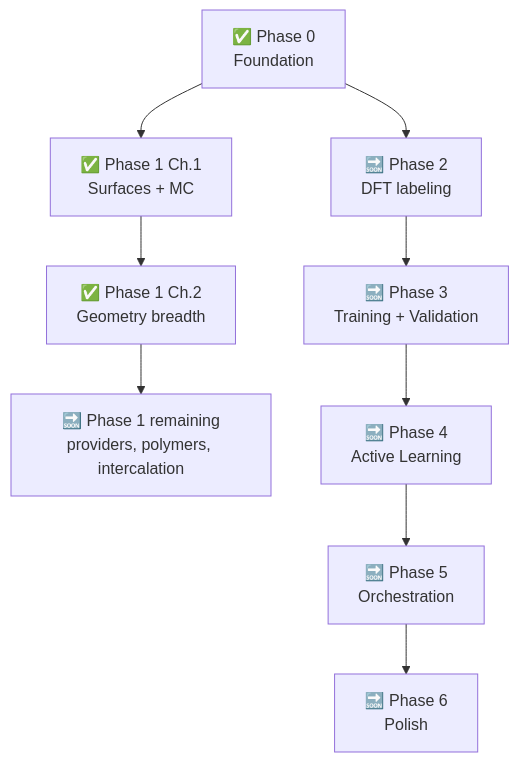
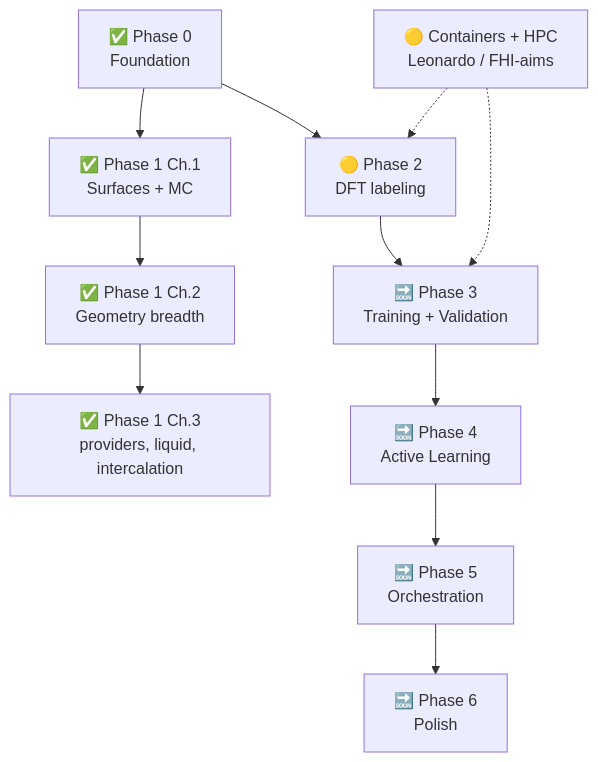
One commit to basillicus/traincraft changed the diagram in docs/roadmap.md. Above: the diagram before and after it, drawn with Mermaid. The commit also changed other lines of this file and 4 other files, not shown here.

First line of the commit message:
docs: bring MkDocs site up to date with geometry breadth, DFT, and HPC

````diff
--- a/docs/roadmap.md
+++ b/docs/roadmap.md
@@ -104,16 +136,19 @@
 ```mermaid
 graph TD
     P0["✅ Phase 0<br/>Foundation"]
     P1A["✅ Phase 1 Ch.1<br/>Surfaces + MC"]
     P1B["✅ Phase 1 Ch.2<br/>Geometry breadth"]
-    P1C["🔜 Phase 1 remaining<br/>providers, polymers, intercalation"]
-    P2["🔜 Phase 2<br/>DFT labeling"]
+    P1C["✅ Phase 1 Ch.3<br/>providers, liquid, intercalation"]
+    P2["🟡 Phase 2<br/>DFT labeling"]
+    HPC["🟡 Containers + HPC<br/>Leonardo / FHI-aims"]
     P3["🔜 Phase 3<br/>Training + Validation"]
     P4["🔜 Phase 4<br/>Active Learning"]
     P5["🔜 Phase 5<br/>Orchestration"]
     P6["🔜 Phase 6<br/>Polish"]
 
     P0 --> P1A --> P1B --> P1C
     P0 --> P2
     P2 --> P3 --> P4 --> P5 --> P6
+    HPC -.-> P2
+    HPC -.-> P3
 ```
````
